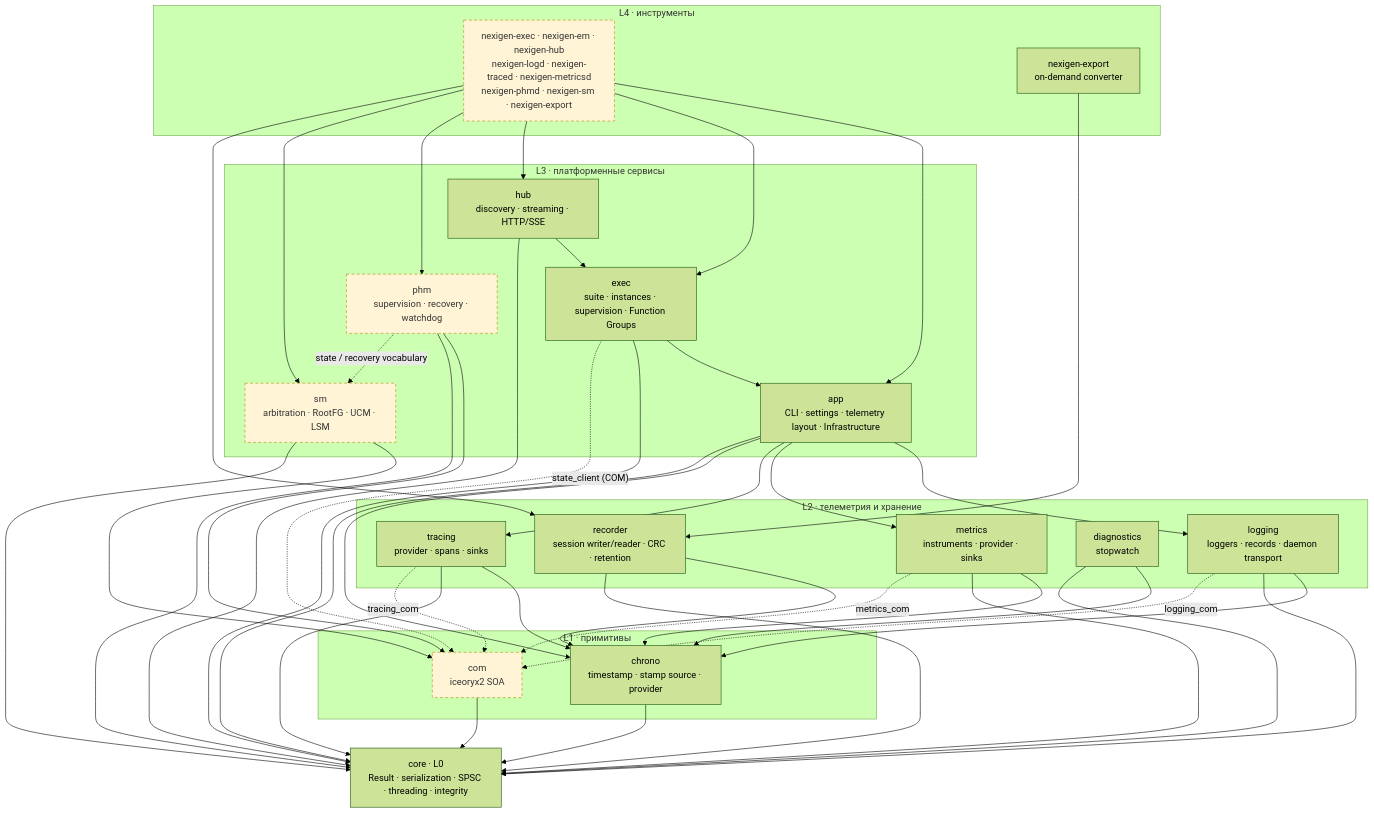
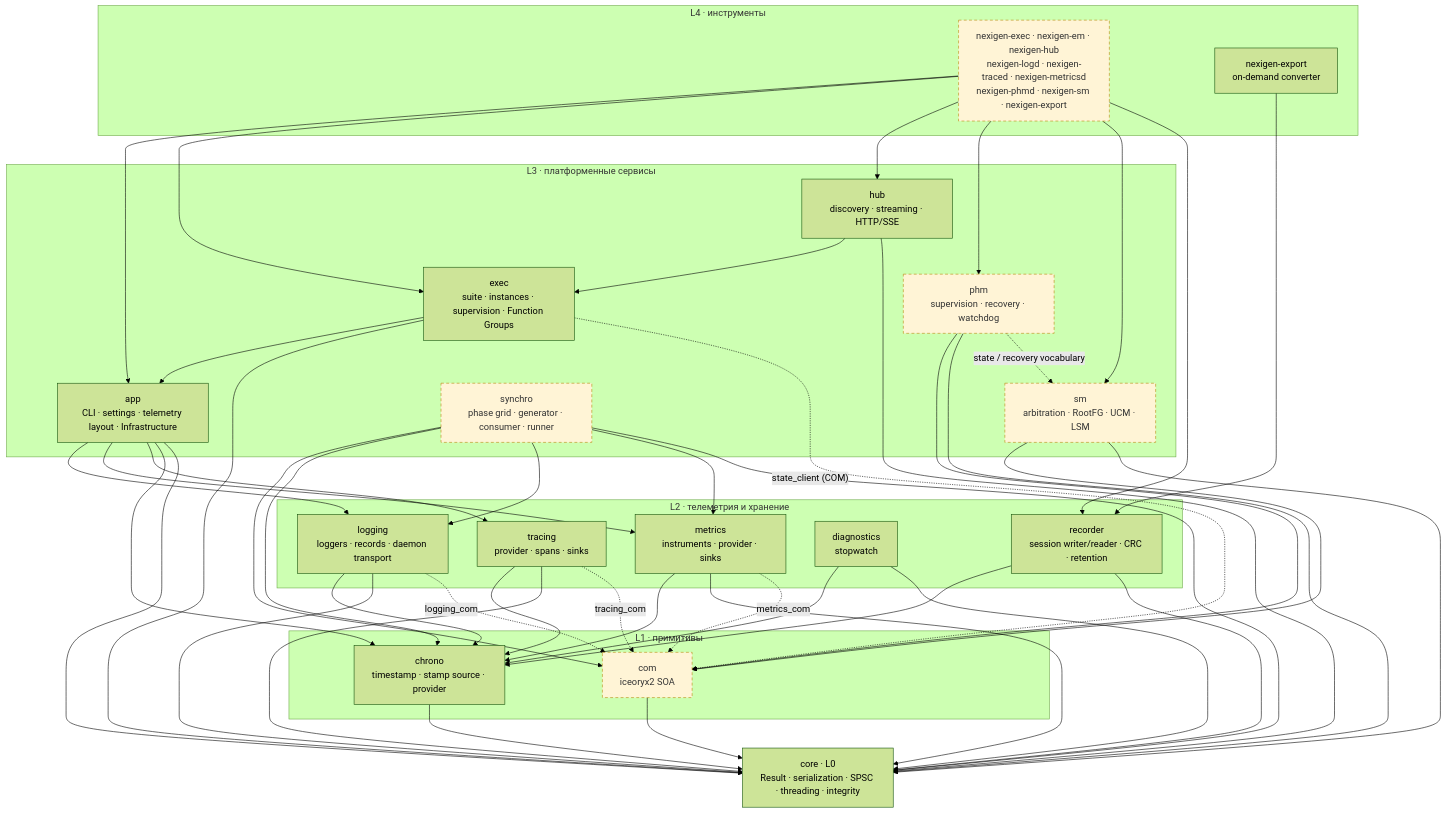
One commit to nexigen-tech/nexigen-cpp changed the first of 10 diagrams in docs/architecture.md. Above: the diagram before and after it, drawn with Mermaid (forest theme). The commit also changed other lines of this file and 52 other files, not shown here.

First line of the commit message:
feat(synchro): add COM-gated synchronization event layer

````diff
--- a/docs/architecture.md
+++ b/docs/architecture.md
@@ -73,75 +77,81 @@
 ```mermaid
 flowchart TB
     subgraph L4["L4 · инструменты"]
         TOOLS["nexigen-exec · nexigen-em · nexigen-hub<br/>nexigen-logd · nexigen-traced · nexigen-metricsd<br/>nexigen-phmd · nexigen-sm · nexigen-export"]
         EXP["nexigen-export<br/>on-demand converter"]
     end
 
     subgraph L3["L3 · платформенные сервисы"]
         APP["app<br/>CLI · settings · telemetry layout · Infrastructure"]
         EXEC["exec<br/>suite · instances · supervision · Function Groups"]
         HUB["hub<br/>discovery · streaming · HTTP/SSE"]
         PHM["phm<br/>supervision · recovery · watchdog"]
         SM["sm<br/>arbitration · RootFG · UCM · LSM"]
+        SYN["synchro<br/>phase grid · generator · consumer · runner"]
     end
 
     subgraph L2["L2 · телеметрия и хранение"]
         LOG["logging<br/>loggers · records · daemon transport"]
         MET["metrics<br/>instruments · provider · sinks"]
         TRC["tracing<br/>provider · spans · sinks"]
         DIA["diagnostics<br/>stopwatch"]
         REC["recorder<br/>session writer/reader · CRC · retention"]
     end
 
     subgraph L1["L1 · примитивы"]
         CHR["chrono<br/>timestamp · stamp source · provider"]
         COM["com<br/>iceoryx2 SOA"]
     end
 
     CORE["core · L0<br/>Result · serialization · SPSC · threading · integrity"]
 
     TOOLS --> APP
     TOOLS --> EXEC
     TOOLS --> HUB
     TOOLS --> PHM
     TOOLS --> SM
     TOOLS --> REC
     EXP --> REC
 
     APP --> LOG
     APP --> MET
     APP --> TRC
     APP --> CHR
     EXEC --> APP
     HUB --> EXEC
     PHM --> COM
     SM --> COM
+    SYN --> COM
+    SYN --> CHR
+    SYN --> LOG
+    SYN --> MET
 
     LOG --> CHR
     MET --> CHR
     TRC --> CHR
     DIA --> CHR
     REC --> CHR
 
     APP --> CORE
     EXEC --> CORE
     HUB --> CORE
     PHM --> CORE
     SM --> CORE
+    SYN --> CORE
     CHR --> CORE
     COM --> CORE
     LOG --> CORE
     MET --> CORE
     TRC --> CORE
     DIA --> CORE
     REC --> CORE
 
     LOG -.->|"logging_com"| COM
     MET -.->|"metrics_com"| COM
     TRC -.->|"tracing_com"| COM
     EXEC -.->|"state_client (COM)"| COM
     PHM -.->|"state / recovery vocabulary"| SM
 
     classDef optional fill:#fff4d6,stroke:#b8860b,stroke-dasharray: 5 4,color:#333
-    class COM,PHM,SM,TOOLS optional
+    class COM,PHM,SM,SYN,TOOLS optional
 ```
````
